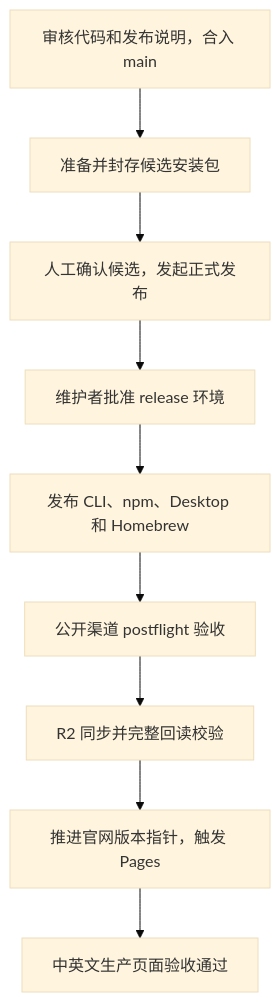
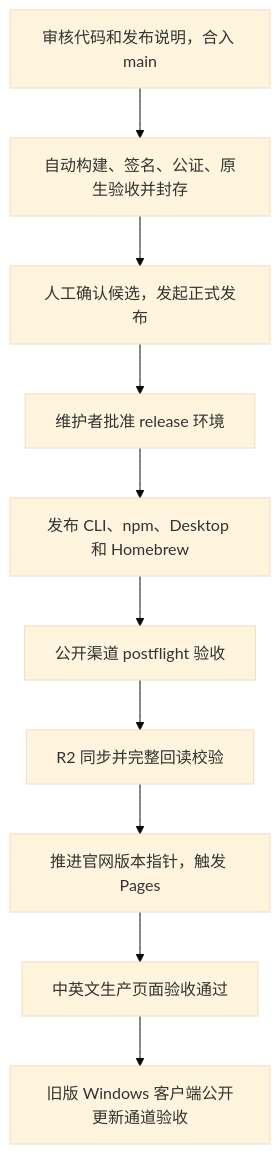
One commit to SivanCola/deepzora changed the diagram in docs/RELEASE_HANDBOOK.zh-CN.md. Above: the diagram before and after it, drawn with Mermaid (base theme). The commit also changed other lines of this file and 6 other files, not shown here.

````diff
--- a/docs/RELEASE_HANDBOOK.zh-CN.md
+++ b/docs/RELEASE_HANDBOOK.zh-CN.md
@@ -12,11 +14,12 @@
 ```mermaid
 flowchart TD
-  A[审核代码和发布说明，合入 main] --> B[准备并封存候选安装包]
+  A[审核代码和发布说明，合入 main] --> B[自动构建、签名、公证、原生验收并封存]
   B --> C[人工确认候选，发起正式发布]
   C --> D[维护者批准 release 环境]
   D --> E[发布 CLI、npm、Desktop 和 Homebrew]
   E --> F[公开渠道 postflight 验收]
   F --> G[R2 同步并完整回读校验]
   G --> H[推进官网版本指针，触发 Pages]
   H --> I[中英文生产页面验收通过]
+  I --> J[旧版 Windows 客户端公开更新通道验收]
 ```
````
